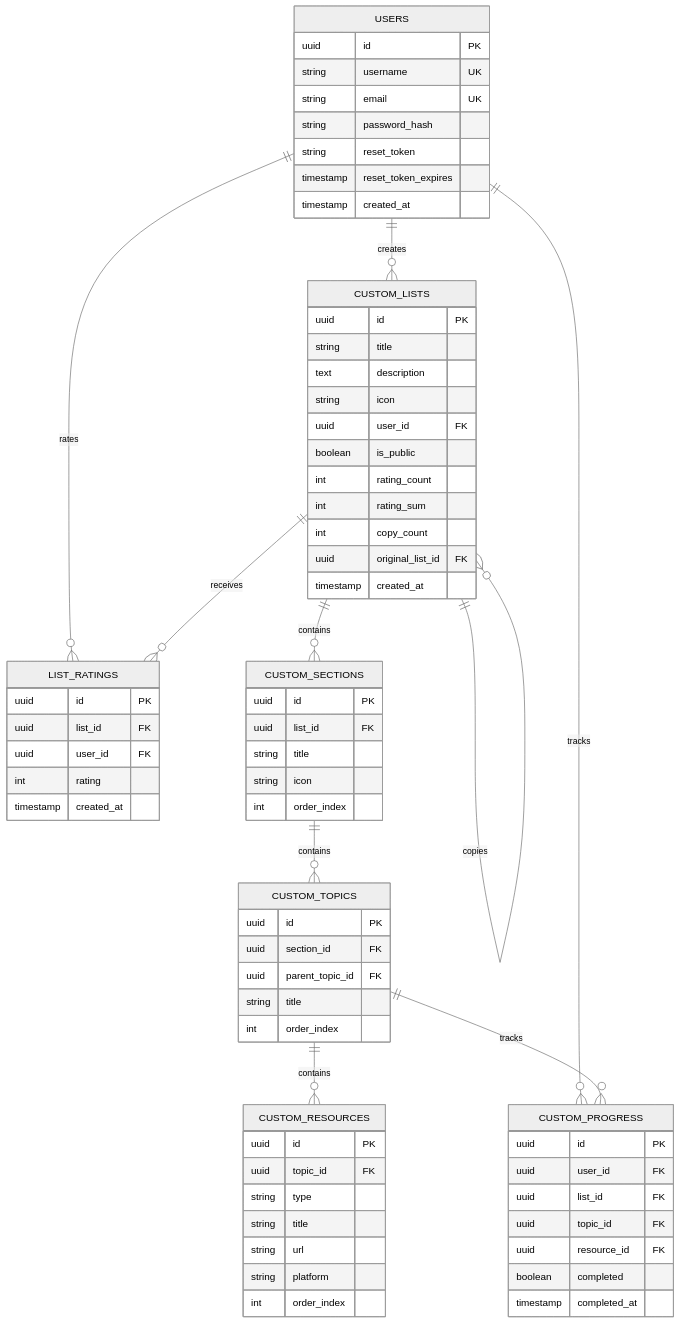
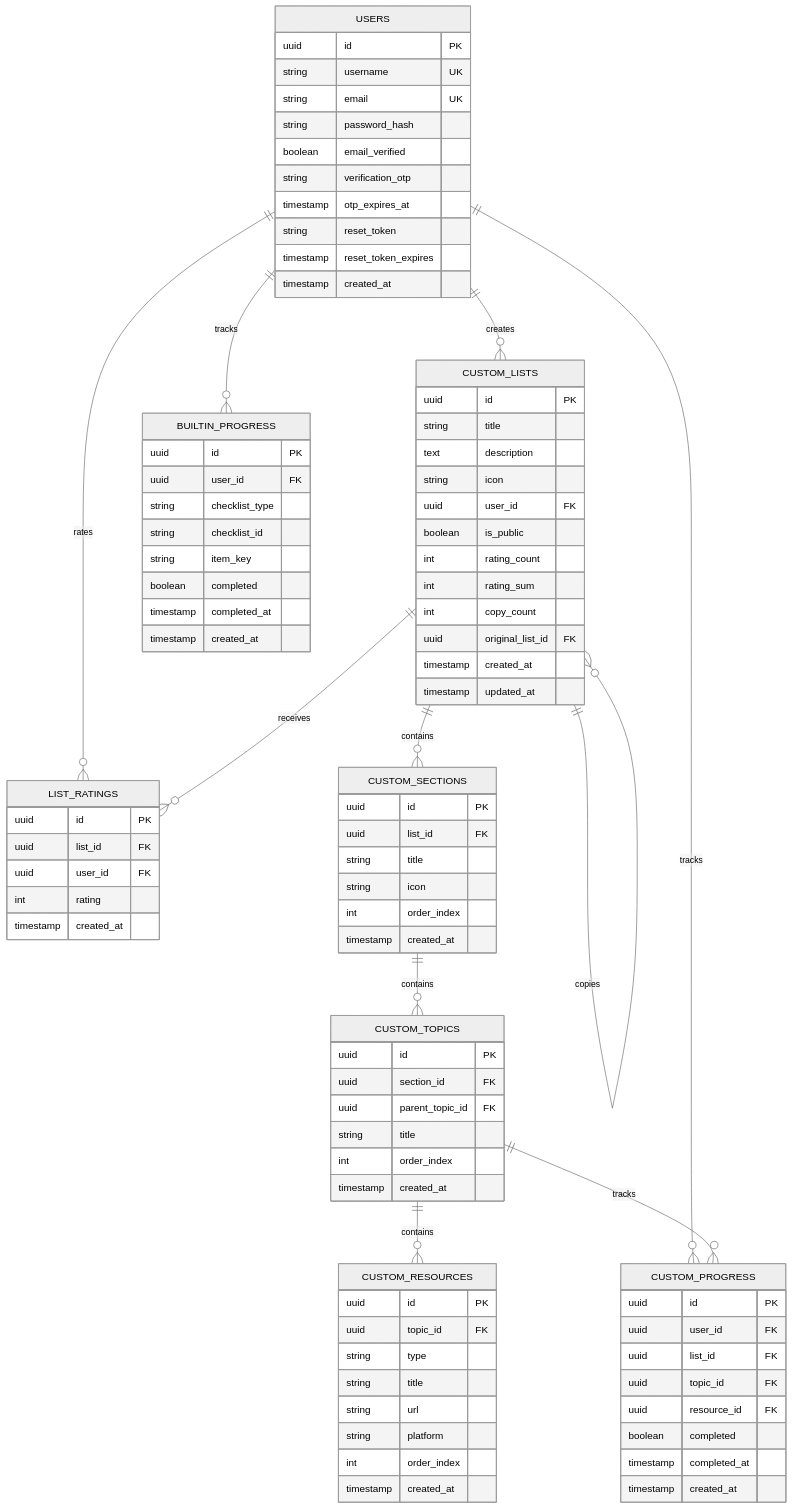
One commit to Lancerhawk/Learning-Hub changed the second of 2 diagrams in README.md. Above: the diagram before and after it, drawn with Mermaid (neutral theme). The commit also changed other lines of this file and 9 other files, not shown here.

```diff
--- a/README.md
+++ b/README.md
@@ -118,6 +125,7 @@
     USERS ||--o{ CUSTOM_LISTS : creates
     USERS ||--o{ LIST_RATINGS : rates
     USERS ||--o{ CUSTOM_PROGRESS : tracks
+    USERS ||--o{ BUILTIN_PROGRESS : tracks
     CUSTOM_LISTS ||--o{ CUSTOM_SECTIONS : contains
     CUSTOM_LISTS ||--o{ LIST_RATINGS : receives
     CUSTOM_LISTS ||--o{ CUSTOM_LISTS : copies
@@ -130,6 +138,9 @@
         string username UK
         string email UK
         string password_hash
+        boolean email_verified
+        string verification_otp
+        timestamp otp_expires_at
         string reset_token
         timestamp reset_token_expires
         timestamp created_at
@@ -147,6 +158,7 @@
         int copy_count
         uuid original_list_id FK
         timestamp created_at
+        timestamp updated_at
     }
 
     CUSTOM_SECTIONS {
@@ -155,6 +167,7 @@
         string title
         string icon
         int order_index
+        timestamp created_at
     }
 
     CUSTOM_TOPICS {
@@ -163,6 +176,7 @@
         uuid parent_topic_id FK
         string title
         int order_index
+        timestamp created_at
     }
 
     CUSTOM_RESOURCES {
@@ -173,6 +187,7 @@
         string url
         string platform
         int order_index
+        timestamp created_at
     }
 
     CUSTOM_PROGRESS {
@@ -183,6 +198,18 @@
         uuid resource_id FK
         boolean completed
         timestamp completed_at
+        timestamp created_at
+    }
+
+    BUILTIN_PROGRESS {
+        uuid id PK
+        uuid user_id FK
+        string checklist_type
+        string checklist_id
+        string item_key
+        boolean completed
+        timestamp completed_at
+        timestamp created_at
     }
 
     LIST_RATINGS {
```
